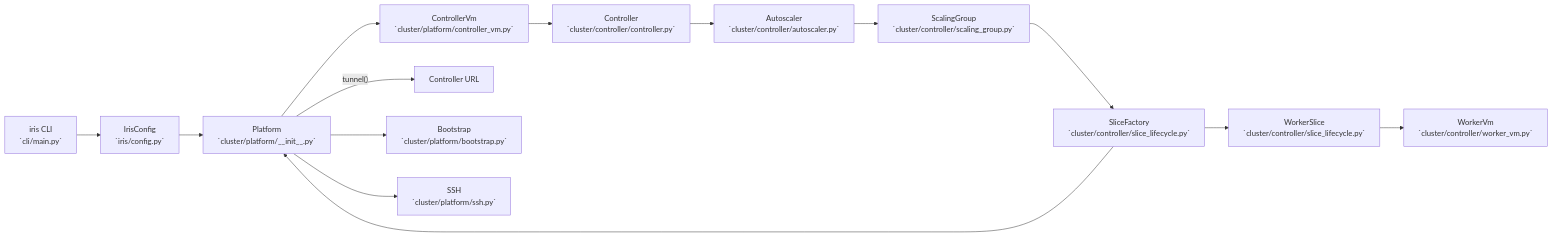
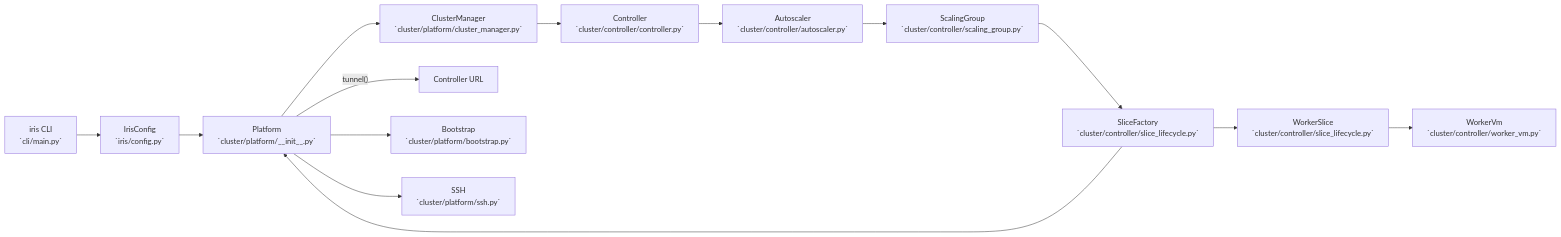
One commit to marin-community/marin changed the second of 2 diagrams in lib/iris/docs/vm-refactor.md. Above: the diagram before and after it, drawn with Mermaid. The commit also changed other lines of this file and 6 other files, not shown here.

Commit message:
Make ClusterManager own controller lifecycle

````diff
--- a/lib/iris/docs/vm-refactor.md
+++ b/lib/iris/docs/vm-refactor.md
@@ -91,17 +89,17 @@
 ```mermaid
 flowchart LR
   CLI["iris CLI\n`cli/main.py`"] --> IrisConfig["IrisConfig\n`iris/config.py`"]
   IrisConfig --> Platform["Platform\n`cluster/platform/__init__.py`"]
-  Platform --> ControllerVm["ControllerVm\n`cluster/platform/controller_vm.py`"]
-  ControllerVm --> Controller["Controller\n`cluster/controller/controller.py`"]
+  Platform --> ClusterManager["ClusterManager\n`cluster/platform/cluster_manager.py`"]
+  ClusterManager --> Controller["Controller\n`cluster/controller/controller.py`"]
   Platform -->|"tunnel()"| Tunnel["Controller URL"]
 
   Controller --> Autoscaler["Autoscaler\n`cluster/controller/autoscaler.py`"]
   Autoscaler --> ScalingGroup["ScalingGroup\n`cluster/controller/scaling_group.py`"]
   ScalingGroup --> SliceFactory["SliceFactory\n`cluster/controller/slice_lifecycle.py`"]
   SliceFactory --> Platform
   SliceFactory --> WorkerSlice["WorkerSlice\n`cluster/controller/slice_lifecycle.py`"]
   WorkerSlice --> WorkerVm["WorkerVm\n`cluster/controller/worker_vm.py`"]
   Platform --> Bootstrap["Bootstrap\n`cluster/platform/bootstrap.py`"]
   Platform --> SSH["SSH\n`cluster/platform/ssh.py`"]
 ```
````
